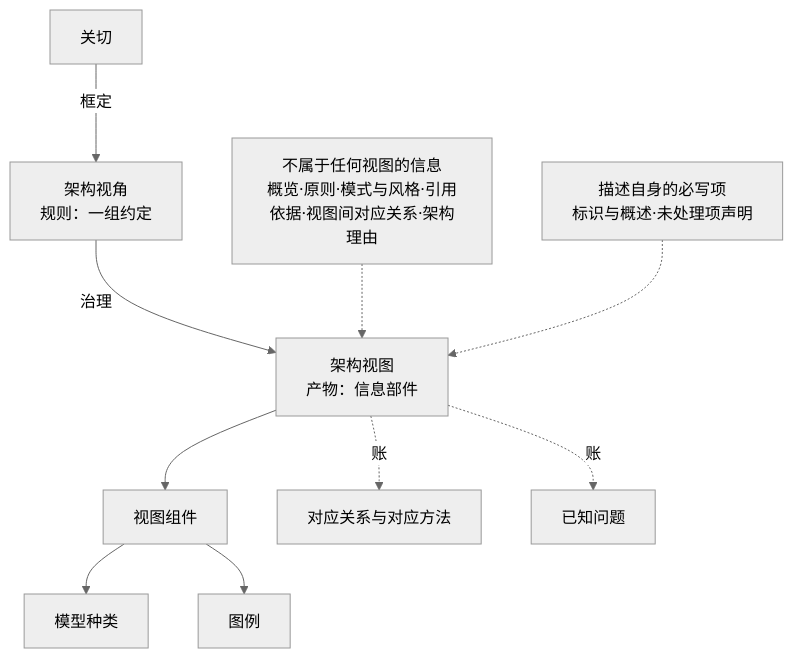
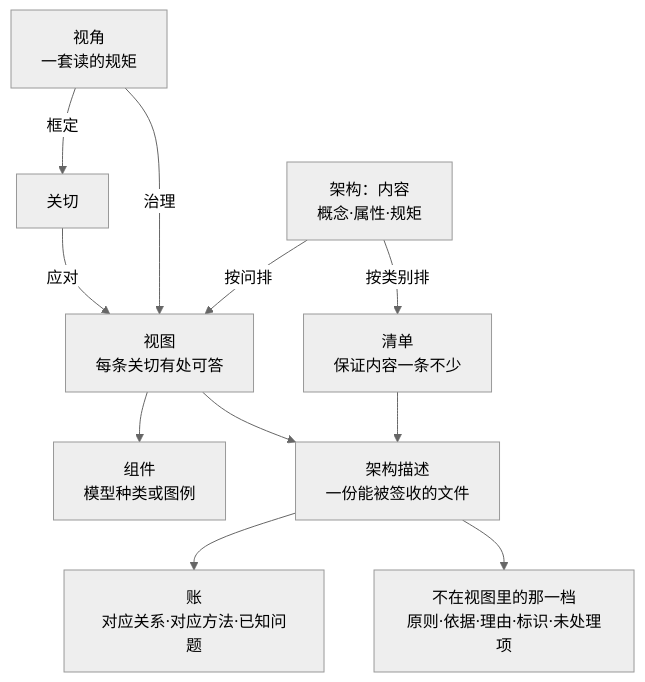
The diagram in 10-系统工程研究/03-架构师是个怎样的物种/13-第13章-架构描述-把架构定义交出去.md (Yongjunzhou/business-Engineering), drawn with Mermaid (neutral theme) before and after one commit. The commit also changed other lines of this file and 11 other files, not shown here.

Commit message:
[AI] 教材书·第13章八阶段重走收工：骨架换轴（清单按类别／视图按问，两轴加账），22 节 9137 字红线全过；案例三处收两处；入册第一铁律·自足与§2.14两轴判法；36 号公式落库连带目录/框架/主线卡/案例圣经/附录A三户/附录C

````diff
--- a/10-系统工程研究/03-架构师是个怎样的物种/13-第13章-架构描述-把架构定义交出去.md
+++ b/10-系统工程研究/03-架构师是个怎样的物种/13-第13章-架构描述-把架构定义交出去.md
@@ -656,12 +404,13 @@
 ```mermaid
 flowchart TD
-  C["关切"] -->|框定| V["架构视角<br/>规则：一组约定"]
-  V -->|治理| W["架构视图<br/>产物：信息部件"]
-  W --> P["视图组件"]
-  P --> M["模型种类"]
-  P --> L["图例"]
-  W -.->|账| A1["对应关系与对应方法"]
-  W -.->|账| A2["已知问题"]
-  D["不属于任何视图的信息<br/>概览·原则·模式与风格·引用依据·视图间对应关系·架构理由"] -.-> W
-  E["描述自身的必写项<br/>标识与概述·未处理项声明"] -.-> W
+  C["架构：内容<br/>概念·属性·规矩"] -->|按类别排| L["清单<br/>保证内容一条不少"]
+  C -->|按问排| W["视图<br/>每条关切有处可答"]
+  V["视角<br/>一套读的规矩"] -->|框定| K["关切"]
+  V -->|治理| W
+  K -->|应对| W
+  W --> P["组件<br/>模型种类或图例"]
+  L --> D["架构描述<br/>一份能被签收的文件"]
+  W --> D
+  D --> Z["账<br/>对应关系·对应方法·已知问题"]
+  D --> N["不在视图里的那一档<br/>原则·依据·理由·标识·未处理项"]
 ```
````
